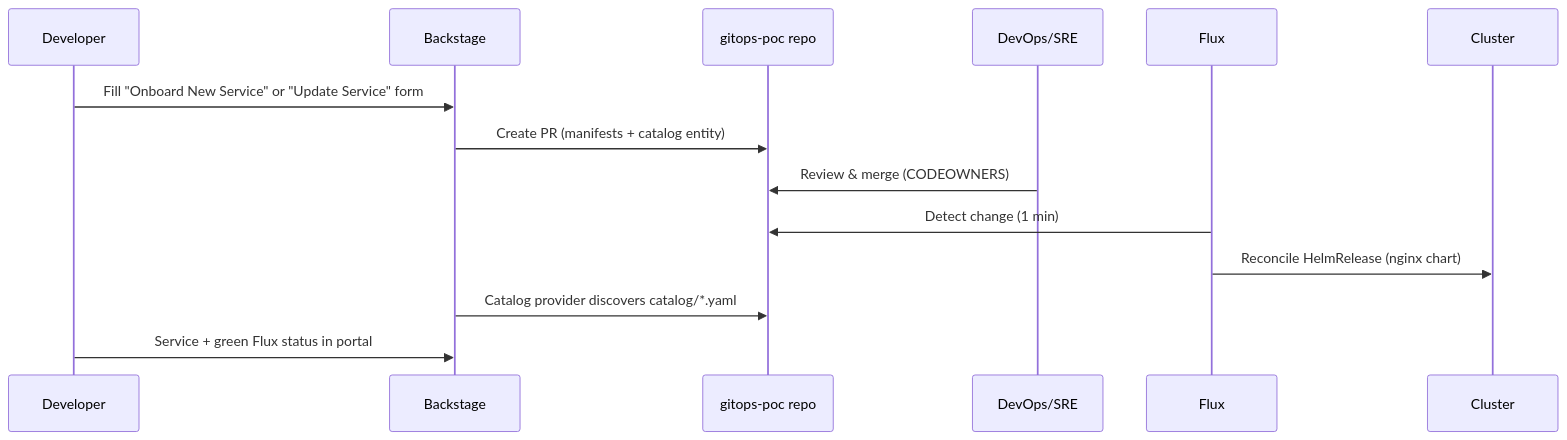
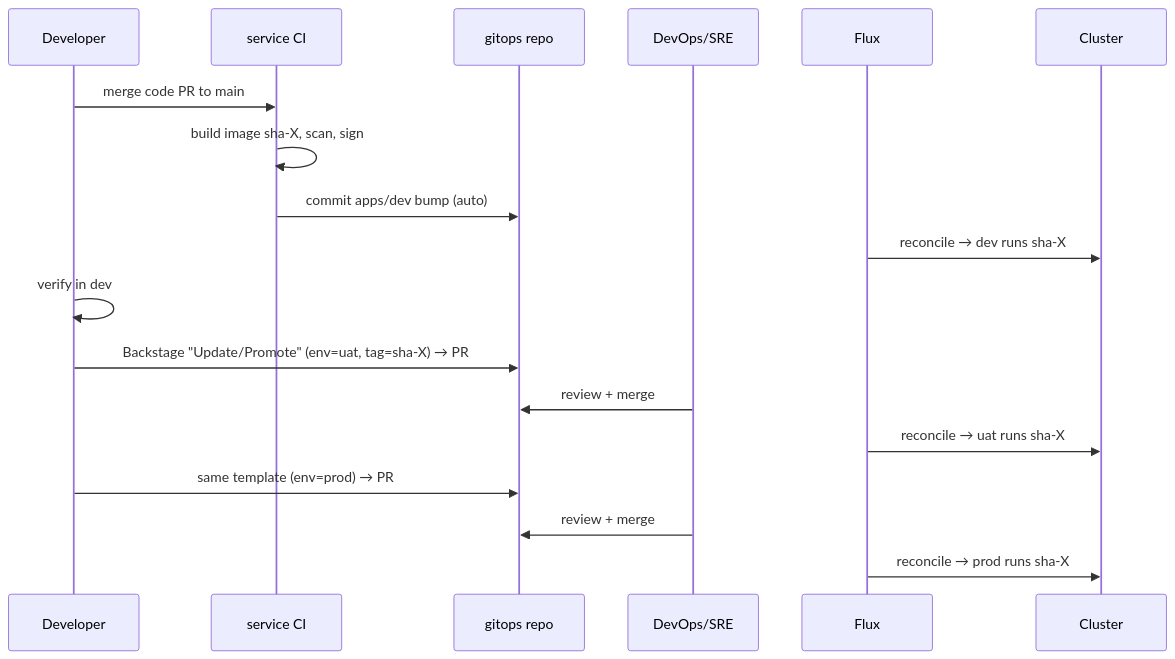
The second of 2 diagrams in README.md (duynhlab/backstage), drawn with Mermaid before and after one commit. The commit also changed other lines of this file and 16 other files, not shown here.

````diff
--- a/README.md
+++ b/README.md
@@ -54,17 +66,21 @@
 ```mermaid
 sequenceDiagram
     participant Dev as Developer
-    participant BS as Backstage
-    participant GH as gitops-poc repo
+    participant CI as service CI
+    participant Git as gitops repo
     participant Ops as DevOps/SRE
-    participant Flux as Flux
+    participant Flux
     participant K8s as Cluster
 
-    Dev->>BS: Fill "Onboard New Service" or "Update Service" form
-    BS->>GH: Create PR (manifests + catalog entity)
-    Ops->>GH: Review & merge (CODEOWNERS)
-    Flux->>GH: Detect change (1 min)
-    Flux->>K8s: Reconcile HelmRelease (nginx chart)
-    BS->>GH: Catalog provider discovers catalog/*.yaml
-    Dev->>BS: Service + green Flux status in portal
+    Dev->>CI: merge code PR to main
+    CI->>CI: build image sha-X, scan, sign
+    CI->>Git: commit apps/dev bump (auto)
+    Flux->>K8s: reconcile → dev runs sha-X
+    Dev->>Dev: verify in dev
+    Dev->>Git: Backstage "Update/Promote" (env=uat, tag=sha-X) → PR
+    Ops->>Git: review + merge
+    Flux->>K8s: reconcile → uat runs sha-X
+    Dev->>Git: same template (env=prod) → PR
+    Ops->>Git: review + merge
+    Flux->>K8s: reconcile → prod runs sha-X
 ```
````
